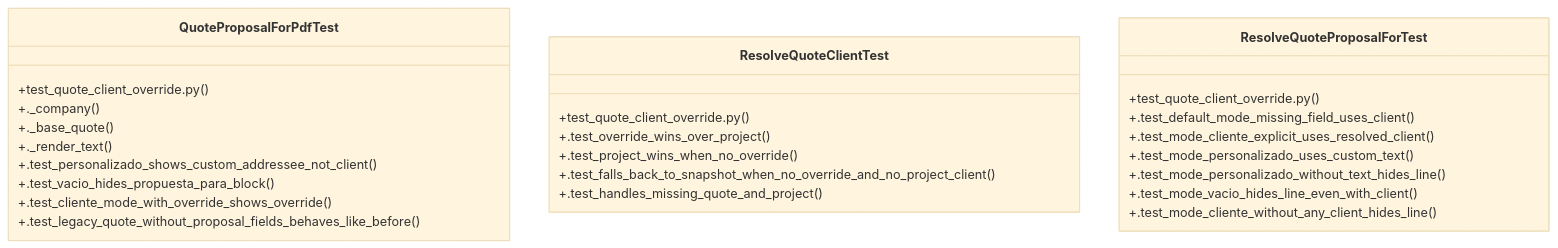
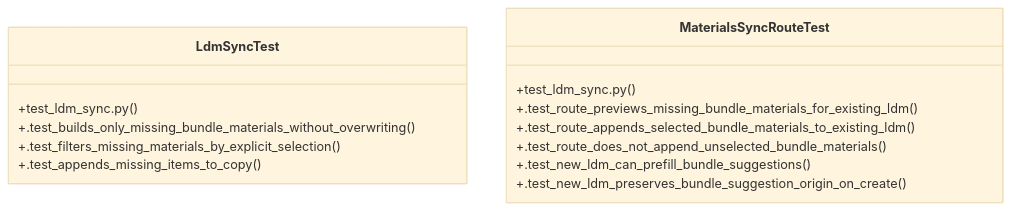
One commit to Daftrick/ProjectTracker changed the diagram in graphify-out/wiki/Community_17.md. Above: the diagram before and after it, drawn with Mermaid (base theme). The commit also changed other lines of this file and 465 other files, not shown here.

````diff
--- a/graphify-out/wiki/Community_17.md
+++ b/graphify-out/wiki/Community_17.md
@@ -36,29 +35,17 @@
 ```mermaid
 classDiagram
-    class QuoteProposalForPdfTest {
-        +test_quote_client_override.py()
-        +._company()
-        +._base_quote()
-        +._render_text()
-        +.test_personalizado_shows_custom_addressee_not_client()
-        +.test_vacio_hides_propuesta_para_block()
-        +.test_cliente_mode_with_override_shows_override()
-        +.test_legacy_quote_without_proposal_fields_behaves_like_before()
+    class LdmSyncTest {
+        +test_ldm_sync.py()
+        +.test_builds_only_missing_bundle_materials_without_overwriting()
+        +.test_filters_missing_materials_by_explicit_selection()
+        +.test_appends_missing_items_to_copy()
     }
-    class ResolveQuoteClientTest {
-        +test_quote_client_override.py()
-        +.test_override_wins_over_project()
-        +.test_project_wins_when_no_override()
-        +.test_falls_back_to_snapshot_when_no_override_and_no_project_client()
-        +.test_handles_missing_quote_and_project()
-    }
-    class ResolveQuoteProposalForTest {
-        +test_quote_client_override.py()
-        +.test_default_mode_missing_field_uses_client()
-        +.test_mode_cliente_explicit_uses_resolved_client()
-        +.test_mode_personalizado_uses_custom_text()
-        +.test_mode_personalizado_without_text_hides_line()
-        +.test_mode_vacio_hides_line_even_with_client()
-        +.test_mode_cliente_without_any_client_hides_line()
+    class MaterialsSyncRouteTest {
+        +test_ldm_sync.py()
+        +.test_route_previews_missing_bundle_materials_for_existing_ldm()
+        +.test_route_appends_selected_bundle_materials_to_existing_ldm()
+        +.test_route_does_not_append_unselected_bundle_materials()
+        +.test_new_ldm_can_prefill_bundle_suggestions()
+        +.test_new_ldm_preserves_bundle_suggestion_origin_on_create()
     }
 ```
````
